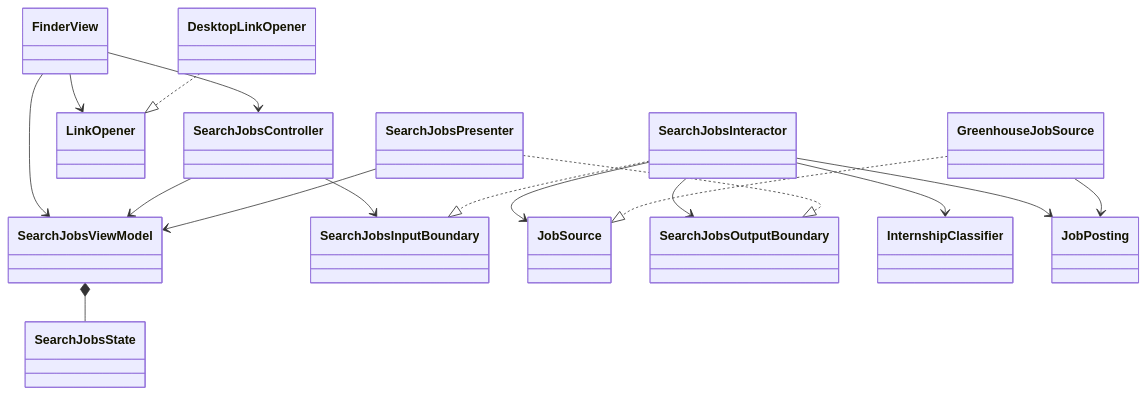
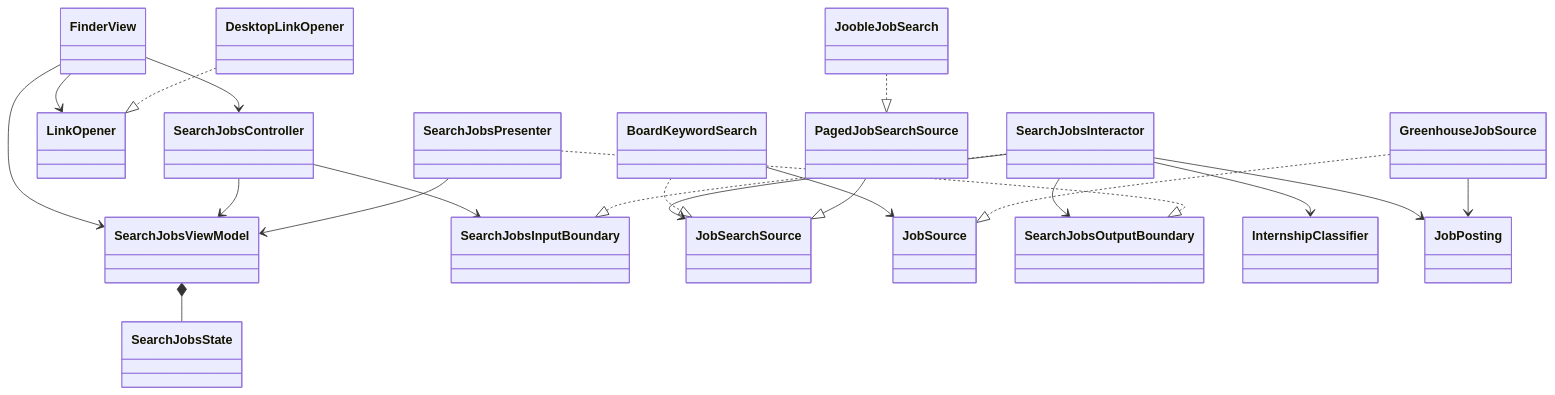
One commit to CSC207-2025F-UofT/team-project changed the first of 2 diagrams in docs/design/finder.md. Above: the diagram before and after it, drawn with Mermaid. The commit also changed other lines of this file and 23 other files, not shown here.

Commit message:
Add paginated Jooble internship search and Greenhouse company selection

````diff
--- a/docs/design/finder.md
+++ b/docs/design/finder.md
@@ -16,20 +16,24 @@
 ```mermaid
 classDiagram
 direction TB
 FinderView --> SearchJobsController
 FinderView --> SearchJobsViewModel
 FinderView --> LinkOpener
 DesktopLinkOpener ..|> LinkOpener
 SearchJobsController --> SearchJobsInputBoundary
 SearchJobsController --> SearchJobsViewModel
 SearchJobsInteractor ..|> SearchJobsInputBoundary
-SearchJobsInteractor --> JobSource
+SearchJobsInteractor --> JobSearchSource
+BoardKeywordSearch ..|> JobSearchSource
+BoardKeywordSearch --> JobSource
+PagedJobSearchSource --|> JobSearchSource
+JoobleJobSearch ..|> PagedJobSearchSource
 SearchJobsInteractor --> SearchJobsOutputBoundary
 SearchJobsInteractor --> InternshipClassifier
 SearchJobsInteractor --> JobPosting
 GreenhouseJobSource ..|> JobSource
 GreenhouseJobSource --> JobPosting
 SearchJobsPresenter ..|> SearchJobsOutputBoundary
 SearchJobsPresenter --> SearchJobsViewModel
 SearchJobsViewModel *-- SearchJobsState
 ```
````
